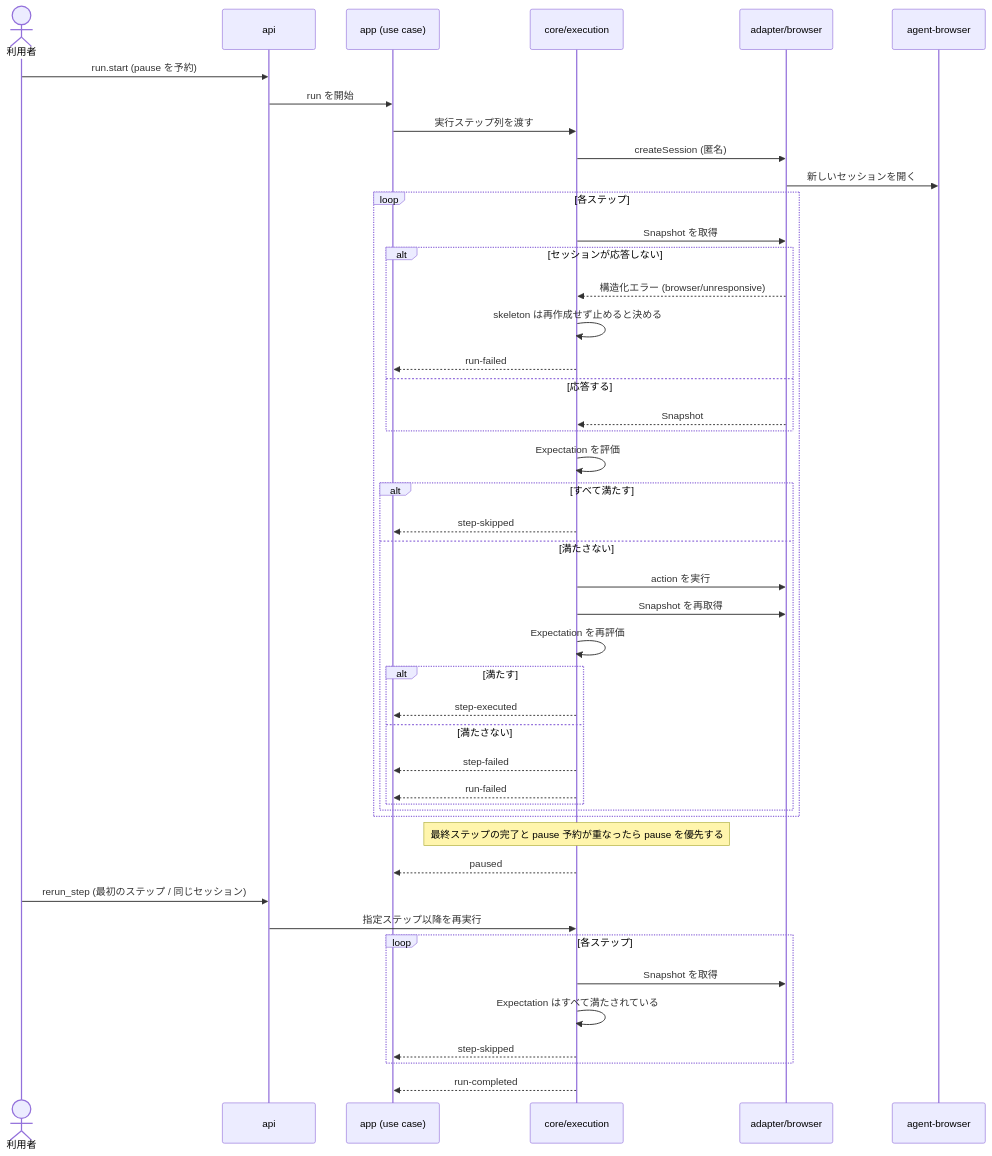
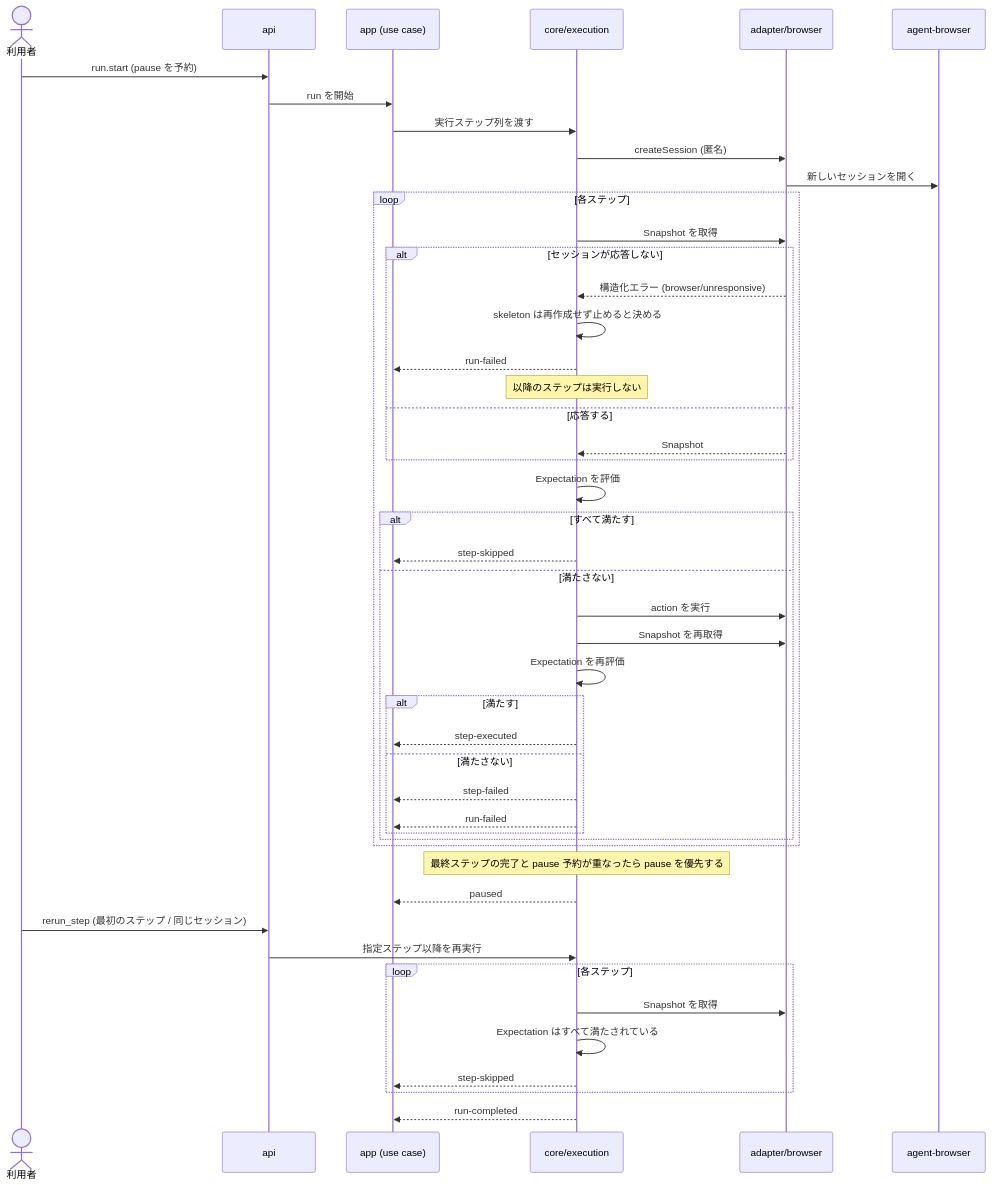
Before and after one commit to Fukuemon/screen-contract: the third of 3 diagrams in specs/4-walking-skeleton/index.md, drawn with Mermaid. The commit also changed other lines of this file and 1 other file, not shown here.

````diff
--- a/specs/4-walking-skeleton/index.md
+++ b/specs/4-walking-skeleton/index.md
@@ -579,49 +579,50 @@
 ```mermaid
 sequenceDiagram
     actor User as 利用者
     participant API as api
     participant App as app (use case)
     participant Exec as core/execution
     participant AB as adapter/browser
     participant Browser as agent-browser
 
     User->>API: run.start (pause を予約)
     API->>App: run を開始
     App->>Exec: 実行ステップ列を渡す
     Exec->>AB: createSession (匿名)
     AB->>Browser: 新しいセッションを開く
     loop 各ステップ
         Exec->>AB: Snapshot を取得
         alt セッションが応答しない
             AB-->>Exec: 構造化エラー (browser/unresponsive)
             Exec->>Exec: skeleton は再作成せず止めると決める
             Exec-->>App: run-failed
+            Note over Exec: 以降のステップは実行しない
         else 応答する
             AB-->>Exec: Snapshot
         end
         Exec->>Exec: Expectation を評価
         alt すべて満たす
             Exec-->>App: step-skipped
         else 満たさない
             Exec->>AB: action を実行
             Exec->>AB: Snapshot を再取得
             Exec->>Exec: Expectation を再評価
             alt 満たす
                 Exec-->>App: step-executed
             else 満たさない
                 Exec-->>App: step-failed
                 Exec-->>App: run-failed
             end
         end
     end
     Note over Exec: 最終ステップの完了と pause 予約が重なったら pause を優先する
     Exec-->>App: paused
     User->>API: rerun_step (最初のステップ / 同じセッション)
     API->>Exec: 指定ステップ以降を再実行
     loop 各ステップ
         Exec->>AB: Snapshot を取得
         Exec->>Exec: Expectation はすべて満たされている
         Exec-->>App: step-skipped
     end
     Exec-->>App: run-completed
 ```
````
